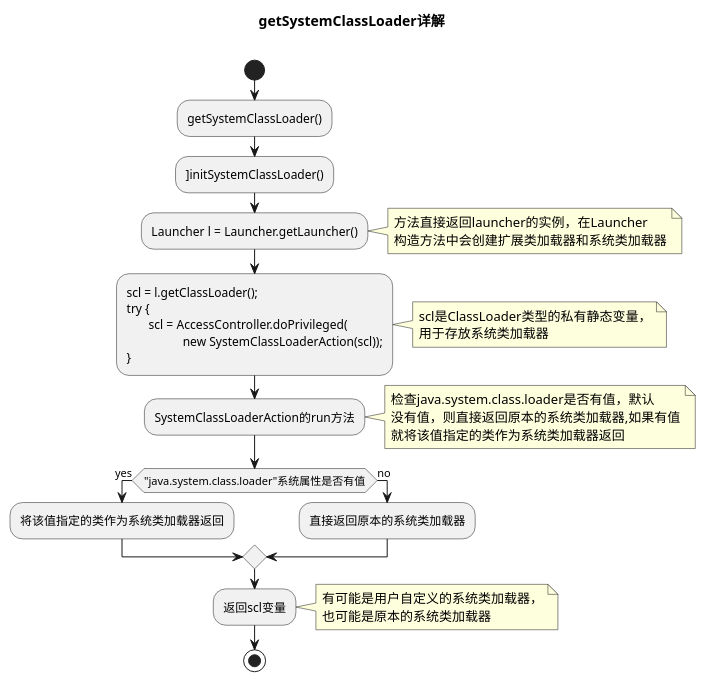
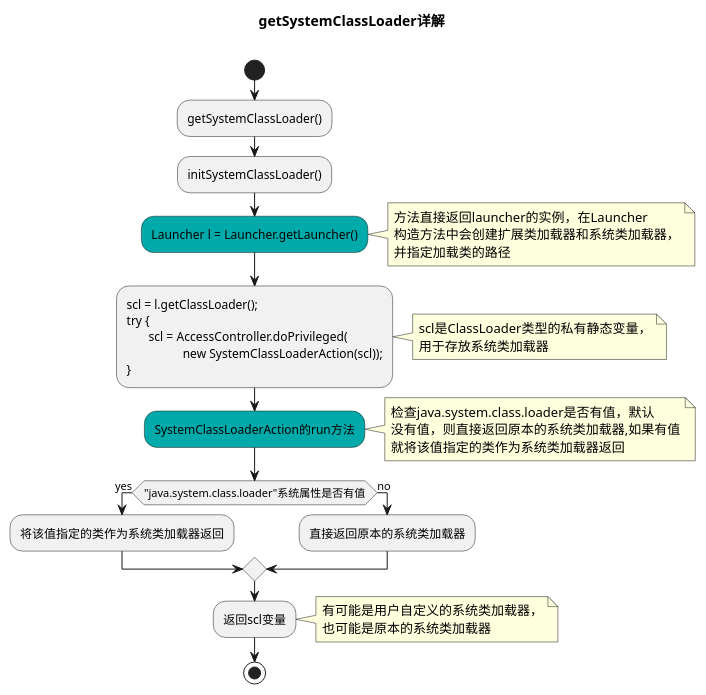
Before and after one commit to charmingfst/jvm: the diagram in src/main/java/com/chm/jvm/classloader/getSystemClassLoader.puml, drawn with PlantUML. The commit also changed 1 other file, not shown here.

Commit message:
modify uml

```diff
--- a/src/main/java/com/chm/jvm/classloader/getSystemClassLoader.puml
+++ b/src/main/java/com/chm/jvm/classloader/getSystemClassLoader.puml
@@ -12,22 +12,22 @@
 @startuml
 
 title getSystemClassLoader详解\n
 start
 
 :getSystemClassLoader();
-:]initSystemClassLoader();
-:Launcher l = Launcher.getLauncher();
-note right: 方法直接返回launcher的实例，在Launcher\n构造方法中会创建扩展类加载器和系统类加载器
+:initSystemClassLoader();
+#00AAAA:Launcher l = Launcher.getLauncher();
+note right: 方法直接返回launcher的实例，在Launcher\n构造方法中会创建扩展类加载器和系统类加载器，\n并指定加载类的路径
 :scl = l.getClassLoader();\ntry {\n       scl = AccessController.doPrivileged(\n                  new SystemClassLoaderAction(scl));\n};
 note right:scl是ClassLoader类型的私有静态变量，\n用于存放系统类加载器
-:SystemClassLoaderAction的run方法;
+#00AAAA:SystemClassLoaderAction的run方法;
 note right:检查java.system.class.loader是否有值，默认\n没有值，则直接返回原本的系统类加载器,如果有值\n就将该值指定的类作为系统类加载器返回
 if("java.system.class.loader"系统属性是否有值) then (yes)
     :将该值指定的类作为系统类加载器返回;
 else (no)
     :直接返回原本的系统类加载器;
 endif
 :返回scl变量;
 note right:有可能是用户自定义的系统类加载器，\n也可能是原本的系统类加载器
 stop
 @enduml
```
